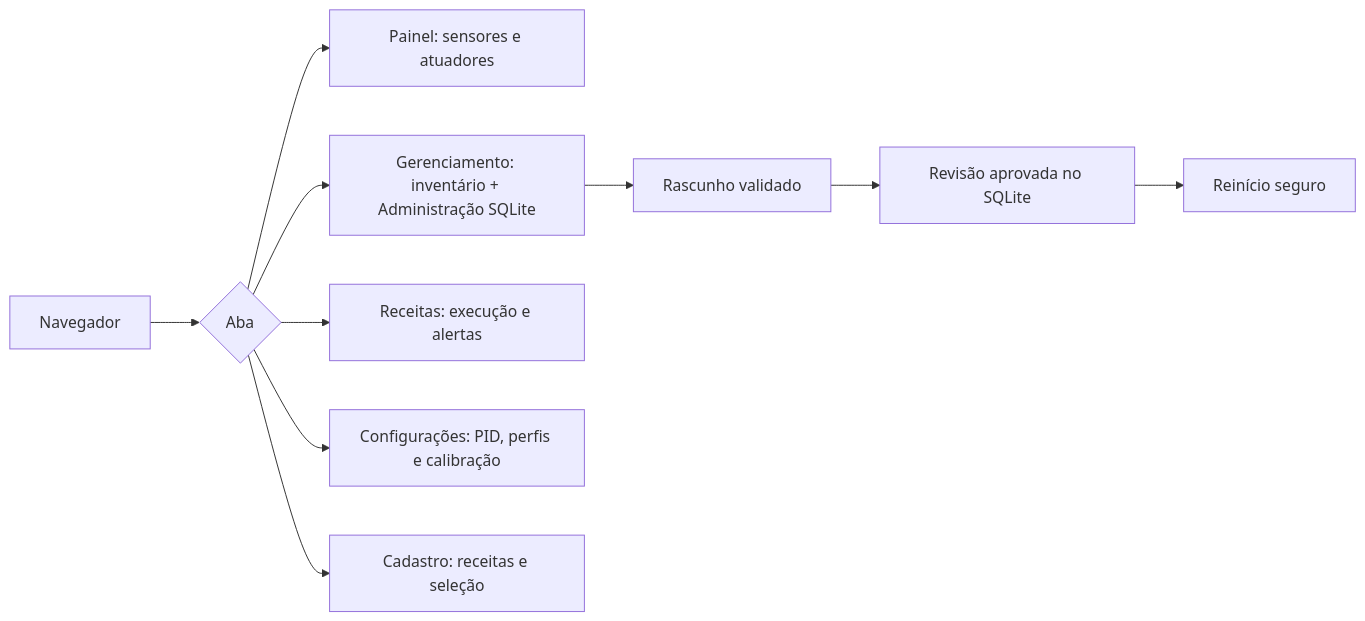
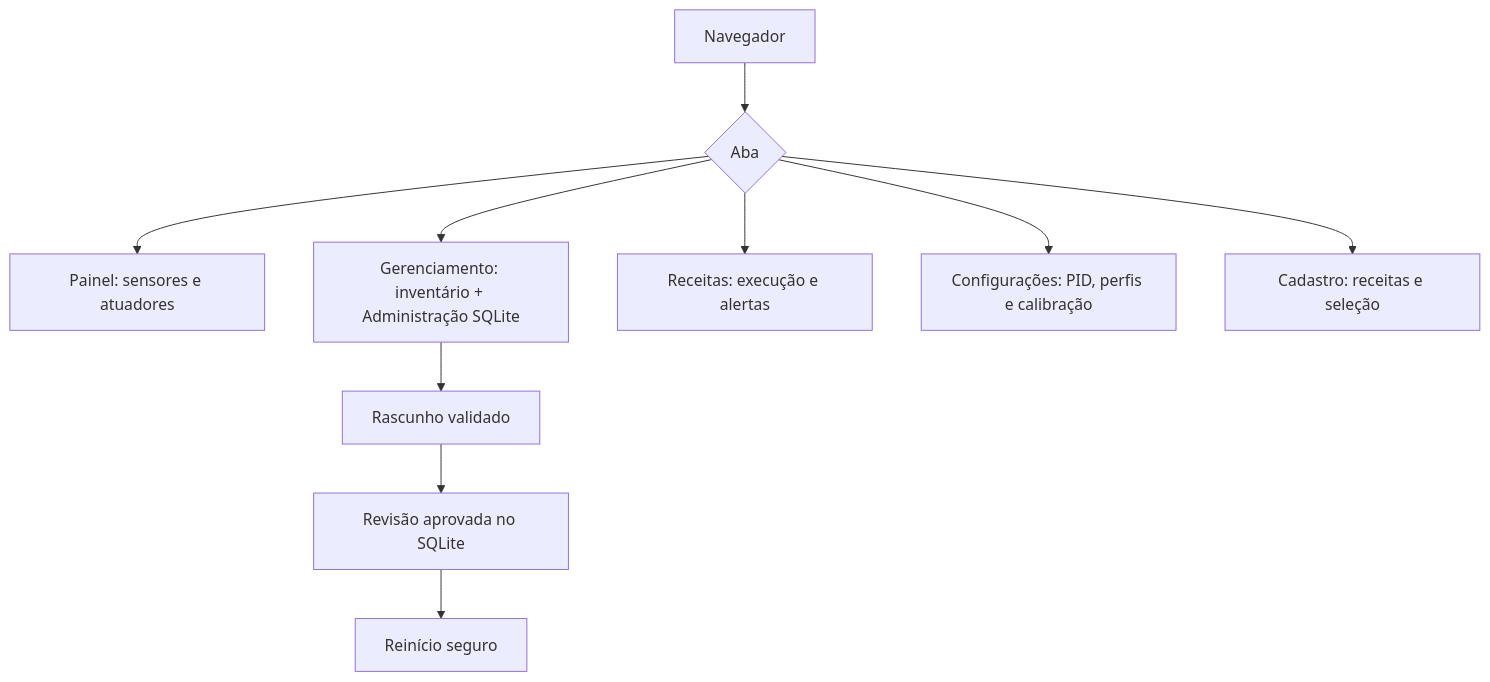
One commit to ChristopherNicolasSMM/Tesseract-Device-Bridge changed the first of 2 diagrams in docs/manual/03-funcionalidades.md. Above: the diagram before and after it, drawn with Mermaid. The commit also changed other lines of this file and 27 other files, not shown here.

Commit message:
docs: align manuals and architecture with setup and reusable components

````diff
--- a/docs/manual/03-funcionalidades.md
+++ b/docs/manual/03-funcionalidades.md
@@ -7,12 +7,12 @@
 ```mermaid
-flowchart LR
+flowchart TD
     A[Navegador] --> B{Aba}
     B --> C[Painel: sensores e atuadores]
     B --> D[Gerenciamento: inventário + Administração SQLite]
     B --> E[Receitas: execução e alertas]
     B --> F[Configurações: PID, perfis e calibração]
     B --> G[Cadastro: receitas e seleção]
     D --> H[Rascunho validado]
     H --> I[Revisão aprovada no SQLite]
     I --> J[Reinício seguro]
 ```
````
